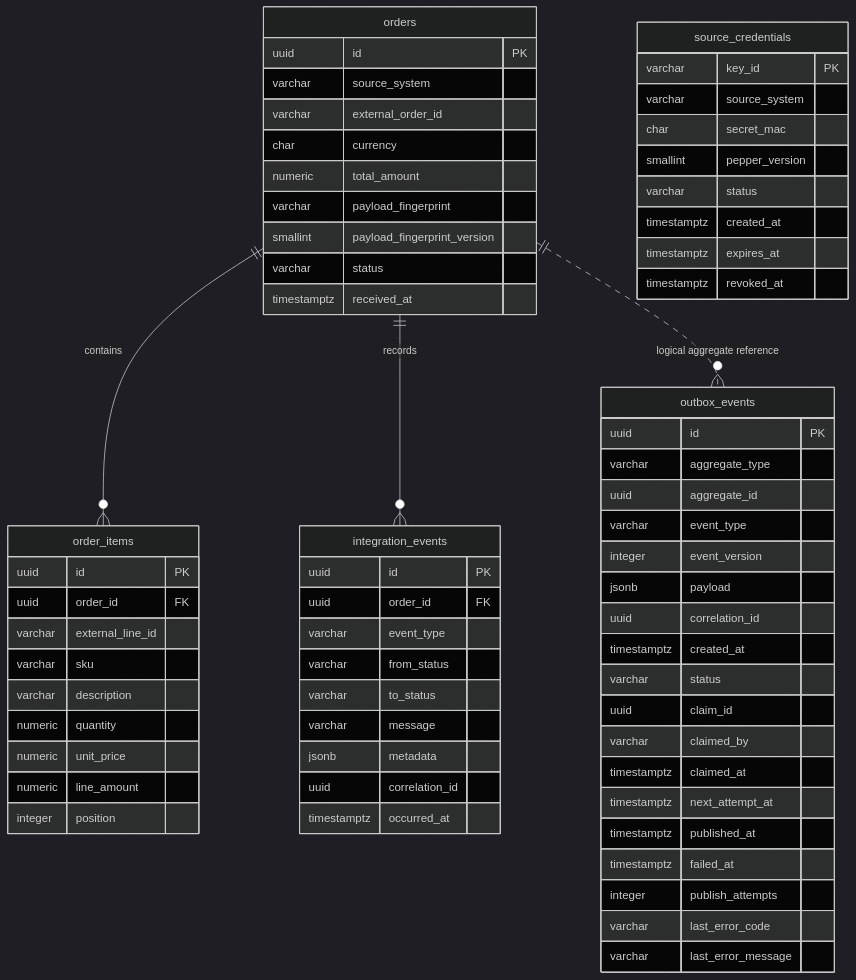
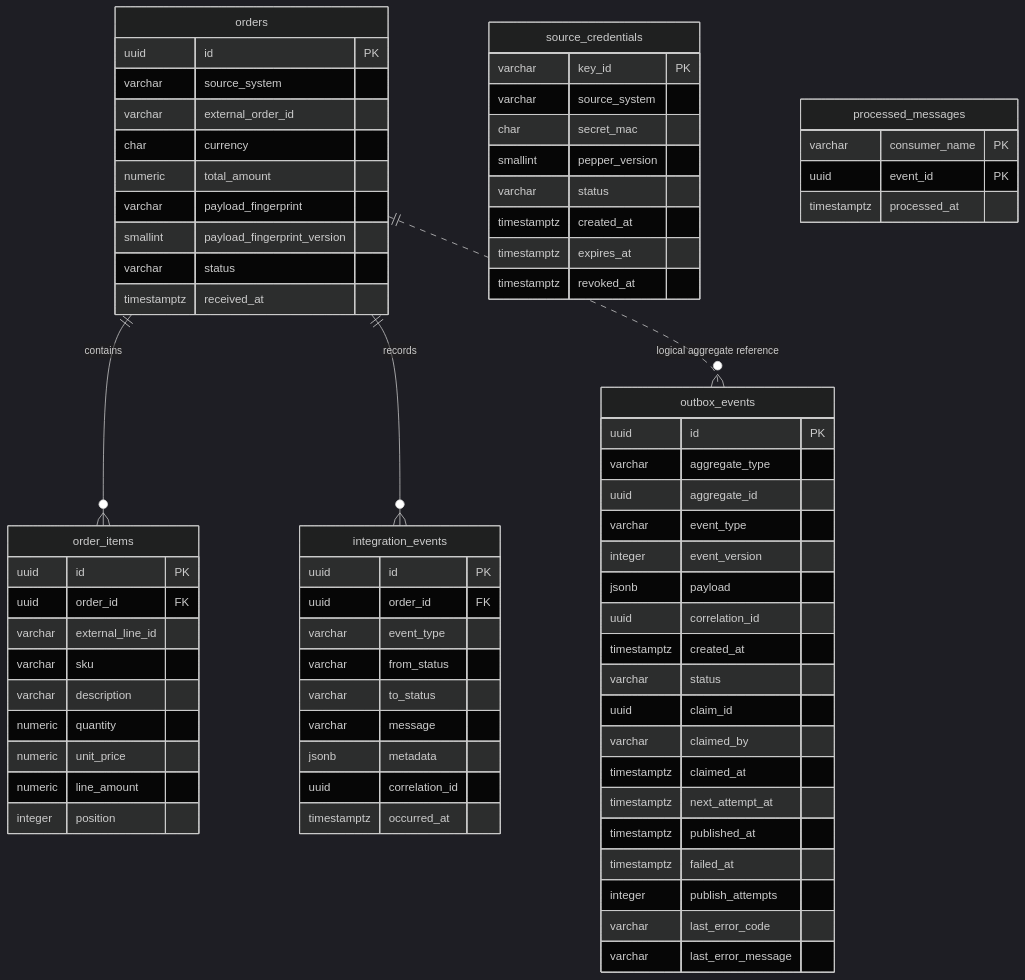
The diagram in docs/data-model.md (PietroRussoD/commerce-integration-hub), drawn with Mermaid (dark theme) before and after one commit. The commit also changed other lines of this file and 3 other files, not shown here.

Commit message:
🗃️Add the consumer inbox schema

````diff
--- a/docs/data-model.md
+++ b/docs/data-model.md
@@ -6,74 +6,80 @@
 ```mermaid
 erDiagram
     orders ||--o{ order_items : contains
     orders ||--o{ integration_events : records
     orders ||..o{ outbox_events : "logical aggregate reference"
 
     source_credentials {
         varchar key_id PK
         varchar source_system
         char secret_mac
         smallint pepper_version
         varchar status
         timestamptz created_at
         timestamptz expires_at
         timestamptz revoked_at
     }
 
     orders {
         uuid id PK
         varchar source_system
         varchar external_order_id
         char currency
         numeric total_amount
         varchar payload_fingerprint
         smallint payload_fingerprint_version
         varchar status
         timestamptz received_at
     }
 
     order_items {
         uuid id PK
         uuid order_id FK
         varchar external_line_id
         varchar sku
         varchar description
         numeric quantity
         numeric unit_price
         numeric line_amount
         integer position
     }
 
     integration_events {
         uuid id PK
         uuid order_id FK
         varchar event_type
         varchar from_status
         varchar to_status
         varchar message
         jsonb metadata
         uuid correlation_id
         timestamptz occurred_at
     }
 
     outbox_events {
         uuid id PK
         varchar aggregate_type
         uuid aggregate_id
         varchar event_type
         integer event_version
         jsonb payload
         uuid correlation_id
         timestamptz created_at
         varchar status
         uuid claim_id
         varchar claimed_by
         timestamptz claimed_at
         timestamptz next_attempt_at
         timestamptz published_at
         timestamptz failed_at
         integer publish_attempts
         varchar last_error_code
         varchar last_error_message
     }
+
+    processed_messages {
+        varchar consumer_name PK
+        uuid event_id PK
+        timestamptz processed_at
+    }
 ```
````
